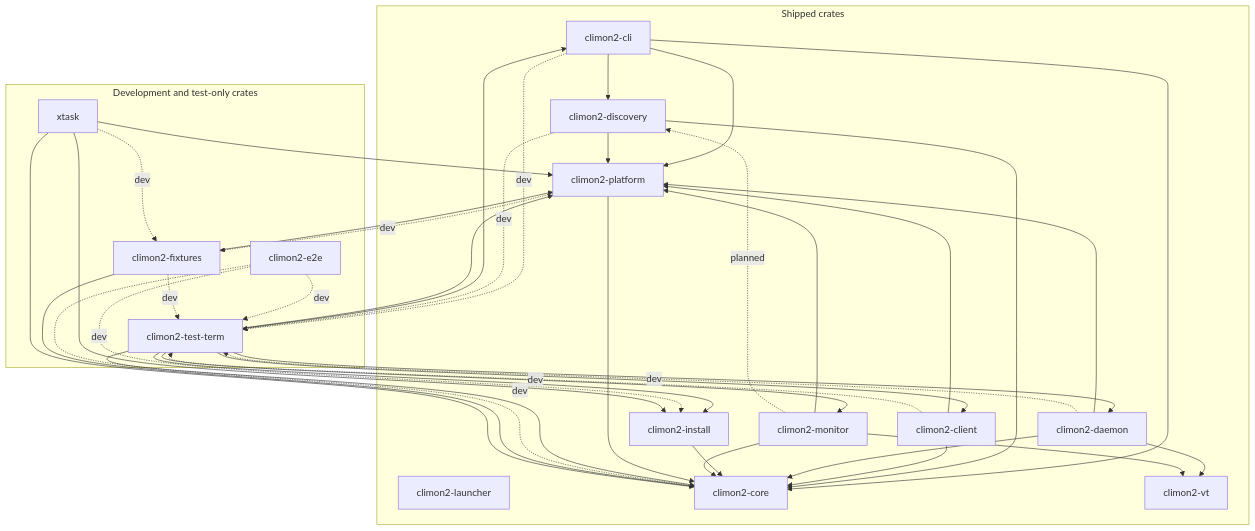
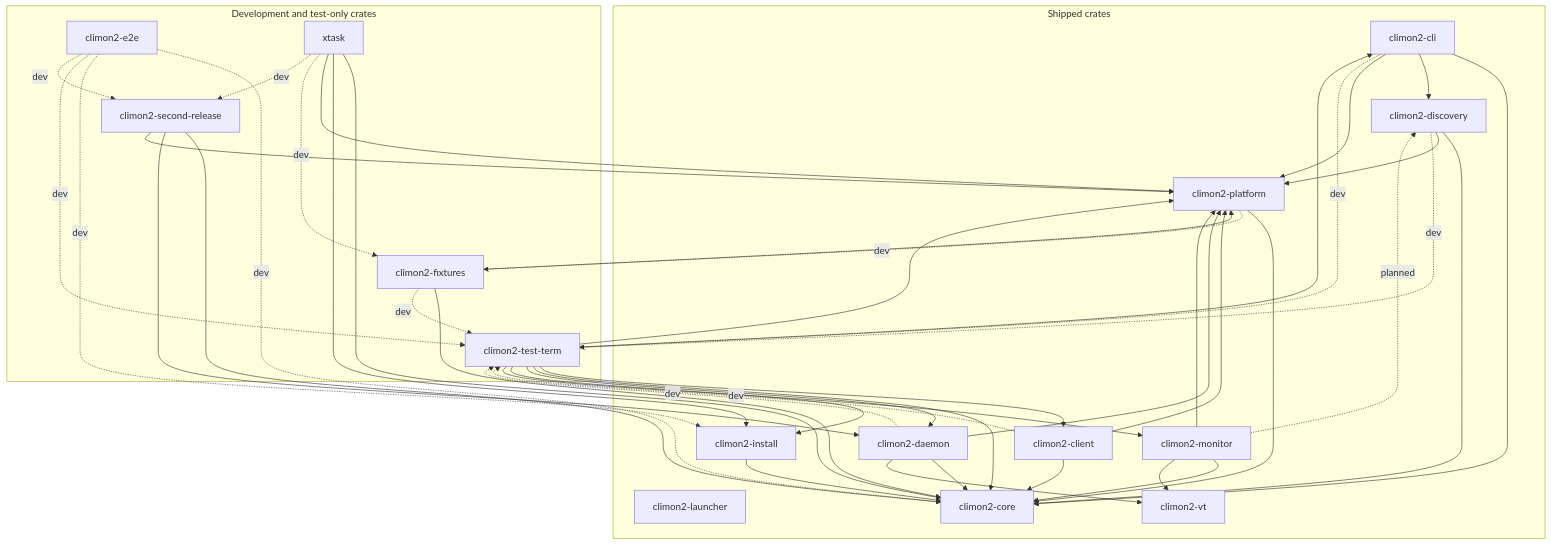
One commit to jackgeek/climon2 changed the diagram in docs/crate-relationships.md. Above: the diagram before and after it, drawn with Mermaid. The commit also changed other lines of this file and 23 other files, not shown here.

````diff
--- a/docs/crate-relationships.md
+++ b/docs/crate-relationships.md
@@ -10,63 +10,69 @@
 ```mermaid
 flowchart TB
     subgraph shipped["Shipped crates"]
         launcher["climon2-launcher"]
         cli["climon2-cli"]
         discovery["climon2-discovery"]
         client["climon2-client"]
         daemon["climon2-daemon"]
         install["climon2-install"]
         monitor["climon2-monitor"]
         platform["climon2-platform"]
         core["climon2-core"]
         vt["climon2-vt"]
 
         cli --> core
         cli --> discovery
         cli --> platform
         discovery --> core
         discovery --> platform
         client --> core
         client --> platform
         daemon --> core
         daemon --> platform
         daemon --> vt
         install --> core
         monitor --> core
         monitor --> platform
         monitor --> vt
         platform --> core
     end
 
     subgraph development["Development and test-only crates"]
         test_term["climon2-test-term"]
         e2e["climon2-e2e"]
         fixtures["climon2-fixtures"]
         xtask["xtask"]
+        second["climon2-second-release"]
     end
 
     cli -.->|"dev"| test_term
     discovery -.->|"dev"| test_term
     client -.->|"dev"| test_term
     daemon -.->|"dev"| test_term
     test_term --> cli
     test_term --> client
     test_term --> core
     test_term --> daemon
     test_term --> install
     test_term --> monitor
     test_term --> platform
     e2e -.->|"dev"| core
     e2e -.->|"dev"| install
     e2e -.->|"dev"| test_term
     fixtures --> core
     fixtures --> platform
     fixtures -.->|"dev"| test_term
     platform -.->|"dev"| fixtures
     xtask --> core
     xtask --> install
     xtask --> platform
     xtask -.->|"dev"| fixtures
+    xtask -.->|"dev"| second
+    e2e -.->|"dev"| second
+    second --> core
+    second --> daemon
+    second --> platform
 
     monitor -.->|"planned"| discovery
 ```
````
